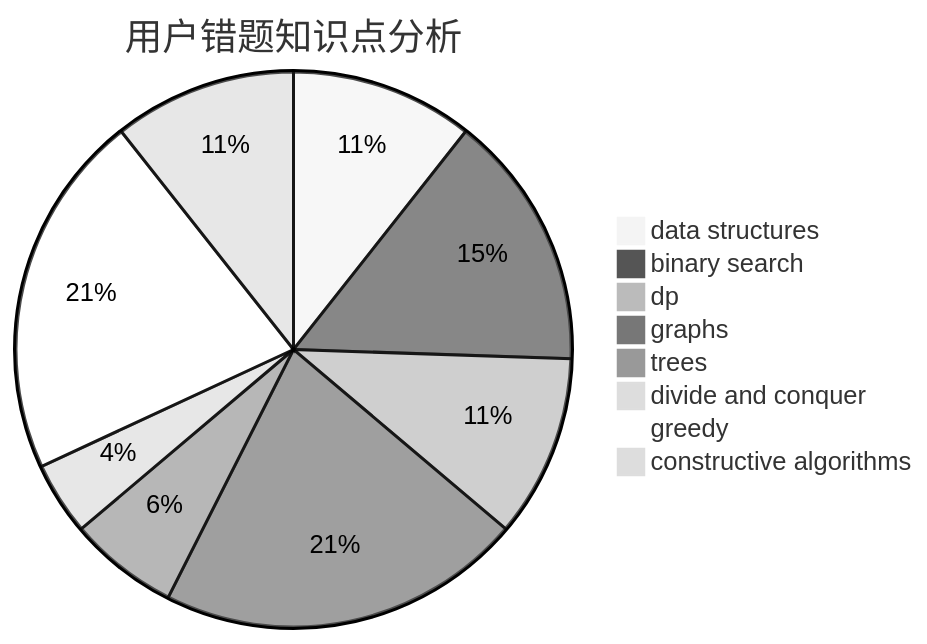
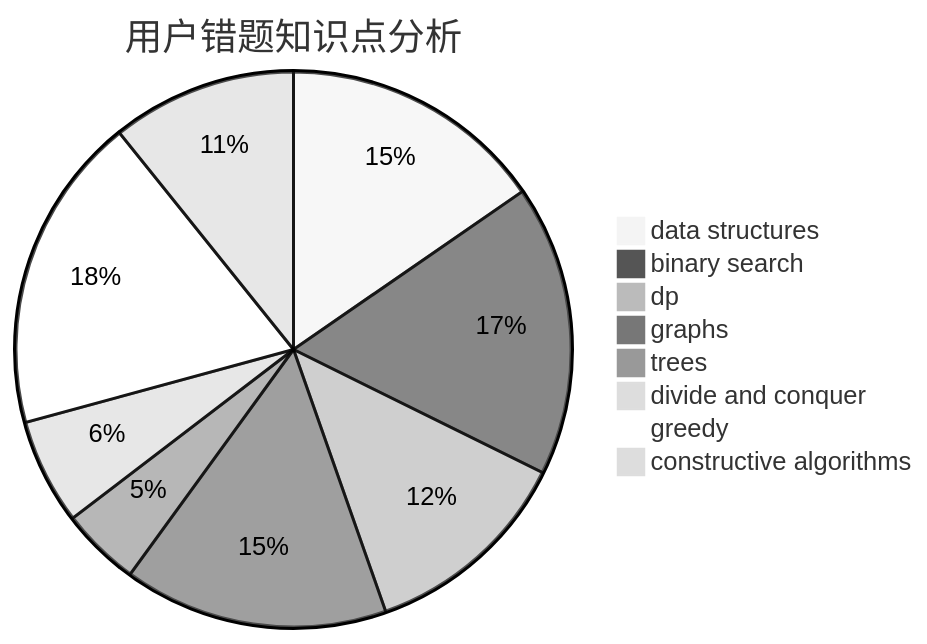
The third of 3 diagrams in docs/user/u999.md (sherpahu/cfrs.github.io), drawn with Mermaid (neutral theme) before and after one commit. The commit also changed other lines of this file and 2770 other files, not shown here.

````diff
--- a/docs/user/u999.md
+++ b/docs/user/u999.md
@@ -36,11 +36,11 @@
 ```mermaid
 pie title 用户错题知识点分析
-    "data structures" :  5
-    "binary search" :  7
-    "dp" :  5
+    "data structures" :  10
+    "binary search" :  11
+    "dp" :  8
     "graphs" :  10
     "trees" :  3
-    "divide and conquer" :  2
-    "greedy" :  10
-    "constructive algorithms" :  5
+    "divide and conquer" :  4
+    "greedy" :  12
+    "constructive algorithms" :  7
 ```
````
